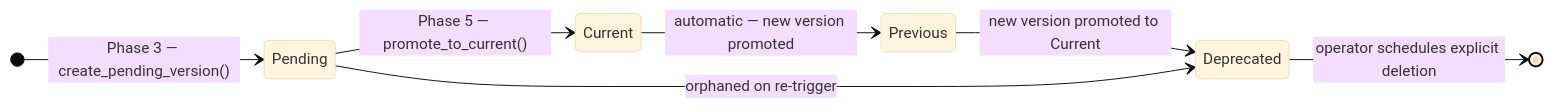
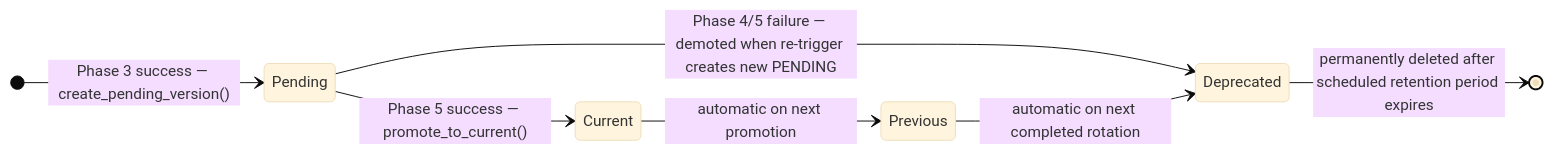
The diagram in docs/adr/0003-rotation-state-machine.md (perspectivism/oci-secret-rotation), drawn with Mermaid (base theme) before and after one commit. The commit also changed 6 other files, not shown here.

````diff
--- a/docs/adr/0003-rotation-state-machine.md
+++ b/docs/adr/0003-rotation-state-machine.md
@@ -40,11 +40,10 @@
 ```mermaid
 stateDiagram-v2
     direction LR
-    [*] --> Pending : Phase 3 — create_pending_version()
-    Pending --> Current : Phase 5 — promote_to_current()
-    Current --> Previous : automatic — new version promoted
-    Previous --> Deprecated : new version promoted to Current
-    Deprecated --> [*] : operator schedules explicit deletion
-
-    Pending --> Deprecated : orphaned on re-trigger
+    [*] --> Pending : Phase 3 success — create_pending_version()
+    Pending --> Current : Phase 5 success — promote_to_current()
+    Pending --> Deprecated : Phase 4/5 failure — demoted when re-trigger creates new PENDING
+    Current --> Previous : automatic on next promotion
+    Previous --> Deprecated : automatic on next completed rotation
+    Deprecated --> [*] : permanently deleted after scheduled retention period expires
 ```
````
